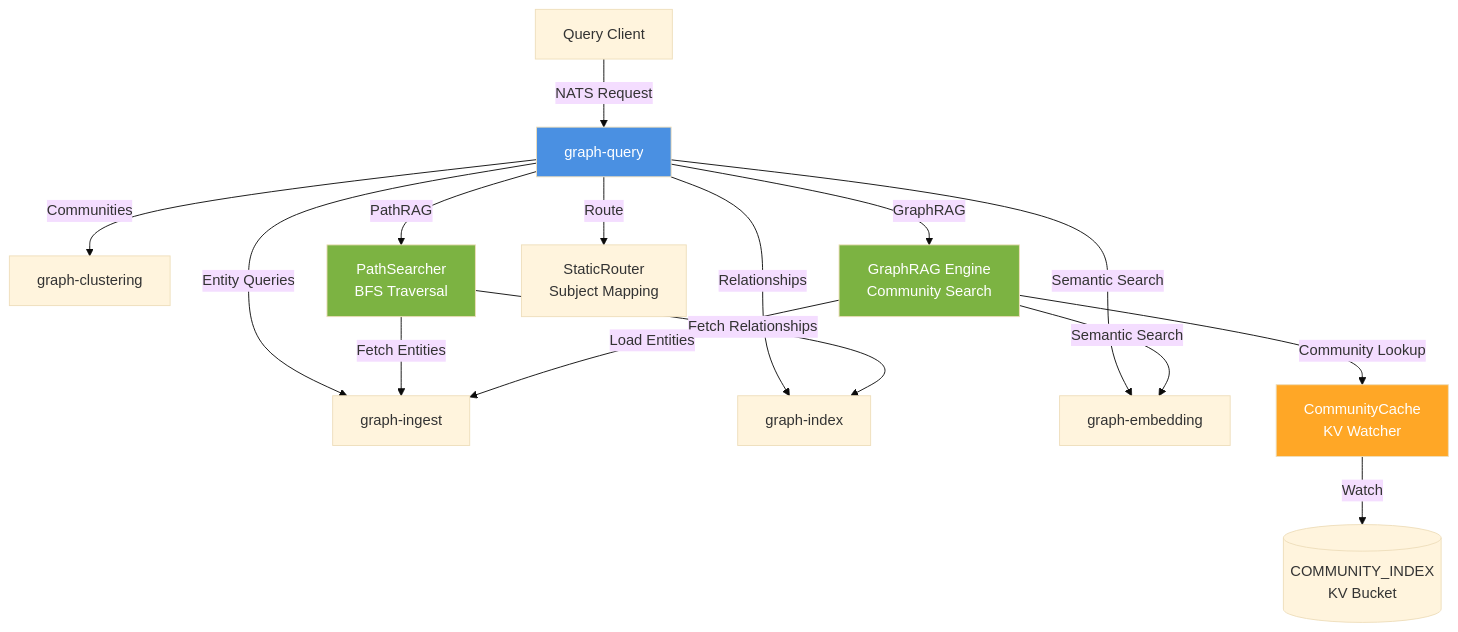
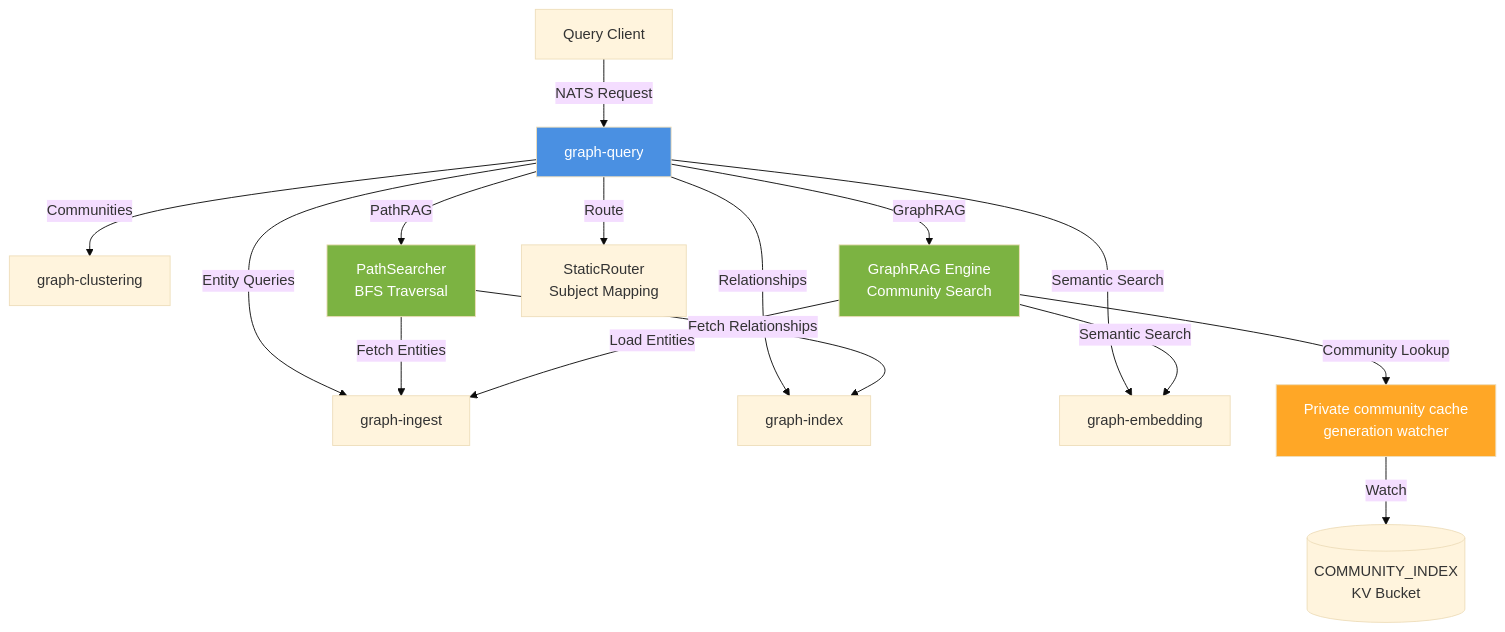
The diagram in processor/graph-query/README.md (C360Studio/semstreams), drawn with Mermaid (base theme) before and after one commit. The commit also changed other lines of this file and 24 other files, not shown here.

Commit message:
feat(graph-query): supervise community generations

````diff
--- a/processor/graph-query/README.md
+++ b/processor/graph-query/README.md
@@ -20,27 +20,27 @@
 ```mermaid
 flowchart TD
     Client[Query Client] -->|NATS Request| GQ[graph-query]
 
     GQ -->|Entity Queries| GI[graph-ingest]
     GQ -->|Relationships| GX[graph-index]
     GQ -->|Semantic Search| GE[graph-embedding]
     GQ -->|Communities| GC[graph-clustering]
 
     GQ -->|PathRAG| PathSearcher[PathSearcher<br/>BFS Traversal]
     GQ -->|GraphRAG| GraphRAG[GraphRAG Engine<br/>Community Search]
     GQ -->|Route| Router[StaticRouter<br/>Subject Mapping]
 
     PathSearcher -->|Fetch Entities| GI
     PathSearcher -->|Fetch Relationships| GX
 
-    GraphRAG -->|Community Lookup| Cache[CommunityCache<br/>KV Watcher]
+    GraphRAG -->|Community Lookup| Cache[Private community cache<br/>generation watcher]
     GraphRAG -->|Load Entities| GI
     GraphRAG -->|Semantic Search| GE
 
     Cache -->|Watch| KV[(COMMUNITY_INDEX<br/>KV Bucket)]
 
     style GQ fill:#4a90e2,color:#fff
     style PathSearcher fill:#7cb342,color:#fff
     style GraphRAG fill:#7cb342,color:#fff
     style Cache fill:#ffa726,color:#fff
 ```
````
